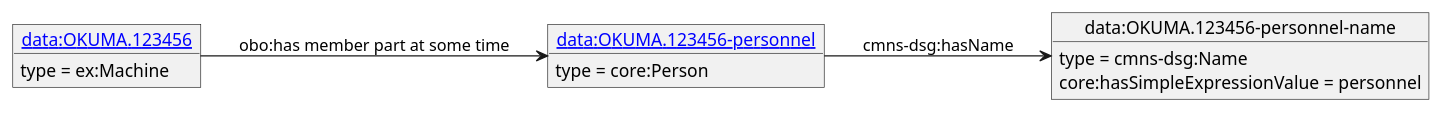
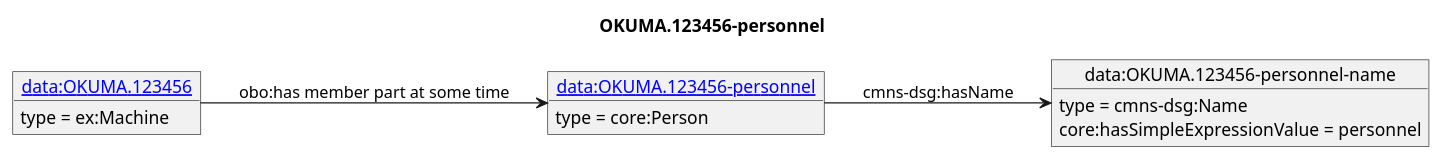
Before and after one commit to iofoundry/example-syseng-mtconnect: the diagram in diagrams/OKUMA.123456-personnel.puml, drawn with PlantUML. The commit also changed 140 other files, not shown here.

```diff
--- a/diagrams/OKUMA.123456-personnel.puml
+++ b/diagrams/OKUMA.123456-personnel.puml
@@ -1,16 +1,17 @@
 @startuml
 skinparam linetype polyline
 left to right direction
+title OKUMA.123456-personnel
 object "[[./OKUMA.123456-personnel.html data:OKUMA.123456-personnel]]" as o1 {
  type = core:Person
  }
 object "data:OKUMA.123456-personnel-name" as o2 {
  type = cmns-dsg:Name
  }
 object "[[./OKUMA.123456.html data:OKUMA.123456]]" as o3 {
  type = ex:Machine
  }
 o1 --> o2 : cmns-dsg:hasName
 o2 : core:hasSimpleExpressionValue = personnel
 o3 --> o1 : obo:has member part at some time
 @enduml
```
